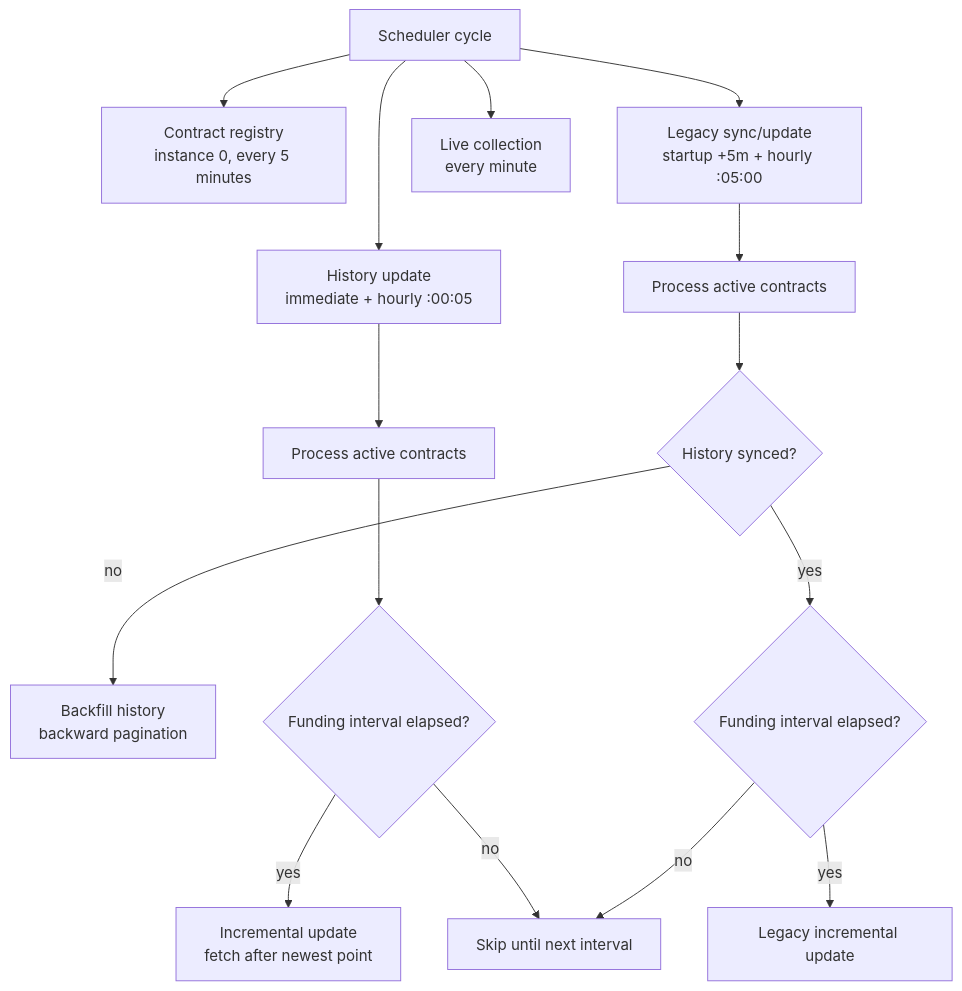
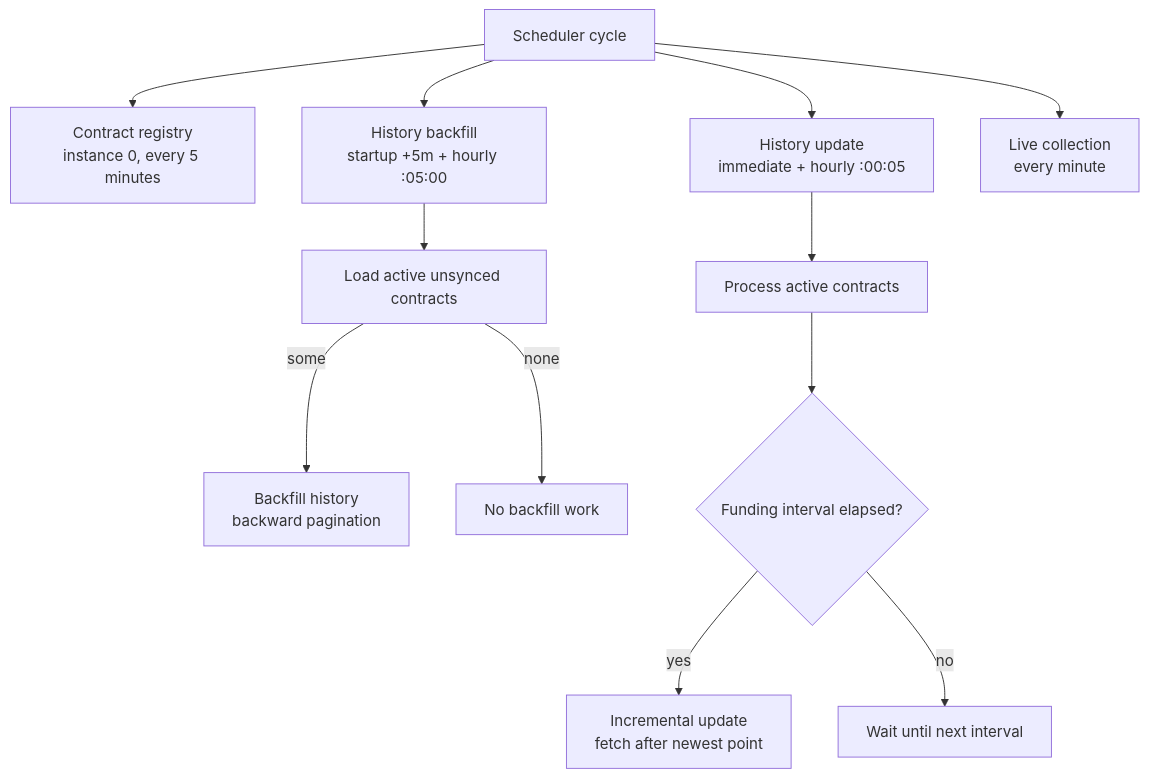
One commit to NikitaPirate/fundingpulse changed the diagram in fundingpulse/tracker/README.md. Above: the diagram before and after it, drawn with Mermaid. The commit also changed other lines of this file and 13 other files, not shown here.

Commit message:
Split tracker history backfill job

````diff
--- a/fundingpulse/tracker/README.md
+++ b/fundingpulse/tracker/README.md
@@ -14,28 +14,24 @@
 ```mermaid
 flowchart TD
     Start["Scheduler cycle"]
     Registry["Contract registry<br/>instance 0, every 5 minutes"]
+    HistoryBackfill["History backfill<br/>startup +5m + hourly :05:00"]
     HistoryUpdate["History update<br/>immediate + hourly :00:05"]
-    LegacyUpdate["Legacy sync/update<br/>startup +5m + hourly :05:00"]
+    PendingBackfills["Load active unsynced contracts"]
     ForEachUpdate["Process active contracts"]
-    ForEachLegacy["Process active contracts"]
-    State{"History synced?"}
     Sync["Backfill history<br/>backward pagination"]
     UpdateGate{"Funding interval elapsed?"}
     Update["Incremental update<br/>fetch after newest point"]
-    LegacyUpdateGate{"Funding interval elapsed?"}
-    LegacyIncremental["Legacy incremental update"]
-    Skip["Skip until next interval"]
+    NoBackfillWork["No backfill work"]
+    WaitForInterval["Wait until next interval"]
     Live["Live collection<br/>every minute"]
 
     Start --> Registry
+    Start --> HistoryBackfill --> PendingBackfills
+    PendingBackfills -- "some" --> Sync
+    PendingBackfills -- "none" --> NoBackfillWork
     Start --> HistoryUpdate --> ForEachUpdate --> UpdateGate
     UpdateGate -- "yes" --> Update
-    UpdateGate -- "no" --> Skip
-    Start --> LegacyUpdate --> ForEachLegacy --> State
-    State -- "no" --> Sync
-    State -- "yes" --> LegacyUpdateGate
-    LegacyUpdateGate -- "yes" --> LegacyIncremental
-    LegacyUpdateGate -- "no" --> Skip
+    UpdateGate -- "no" --> WaitForInterval
     Start --> Live
 ```
````
